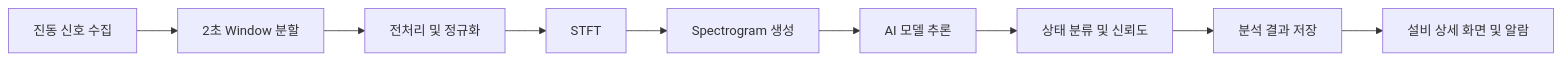
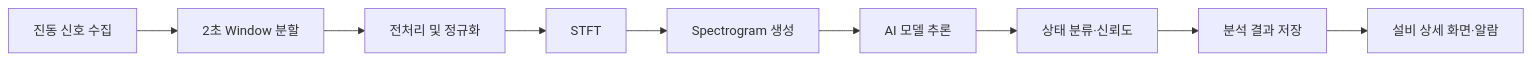
The second of 3 diagrams in README.md (sky9464881/UECADA_SFasS), drawn with Mermaid before and after one commit. The commit also changed other lines of this file and 8 other files, not shown here.

````diff
--- a/README.md
+++ b/README.md
@@ -440,11 +353,11 @@
 ```mermaid
 flowchart LR
-    A["진동 신호 수집"] --> B["2초 Window 분할"]
-    B --> C["전처리 및 정규화"]
-    C --> D["STFT"]
-    D --> E["Spectrogram 생성"]
-    E --> F["AI 모델 추론"]
-    F --> G["상태 분류 및 신뢰도"]
-    G --> H["분석 결과 저장"]
-    H --> I["설비 상세 화면 및 알람"]
+    A[진동 신호 수집] --> B[2초 Window 분할]
+    B --> C[전처리 및 정규화]
+    C --> D[STFT]
+    D --> E[Spectrogram 생성]
+    E --> F[AI 모델 추론]
+    F --> G[상태 분류·신뢰도]
+    G --> H[분석 결과 저장]
+    H --> I[설비 상세 화면·알람]
 ```
````
